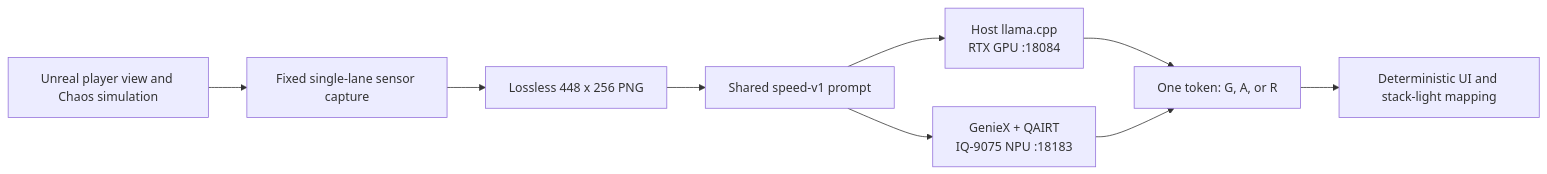
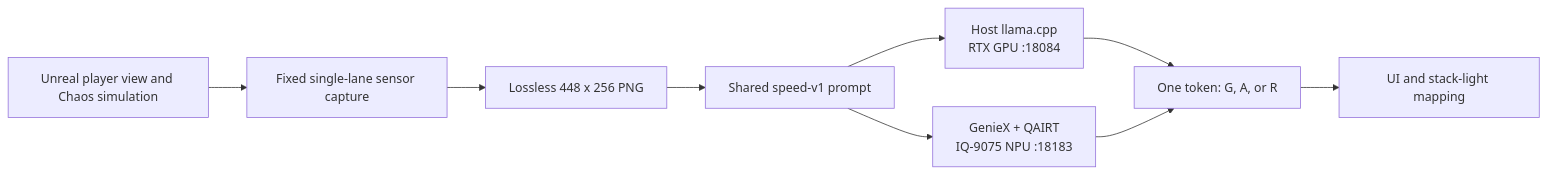
The first of 3 diagrams in docs/isaac_sim_conveyor_reason2_tutorial.md (eivholt/qai-physics-reasoning), drawn with Mermaid before and after one commit. The commit also changed other lines of this file, not shown here.

````diff
--- a/docs/isaac_sim_conveyor_reason2_tutorial.md
+++ b/docs/isaac_sim_conveyor_reason2_tutorial.md
@@ -290,16 +226,16 @@
 ```mermaid
 flowchart LR
     U[Unreal player view and Chaos simulation]
     C[Fixed single-lane sensor capture]
     P[Lossless 448 x 256 PNG]
     R[Shared speed-v1 prompt]
     H[Host llama.cpp<br/>RTX GPU :18084]
     E[GenieX + QAIRT<br/>IQ-9075 NPU :18183]
     T[One token: G, A, or R]
-    M[Deterministic UI and stack-light mapping]
+    M[UI and stack-light mapping]
 
     U --> C --> P --> R
     R --> H --> T
     R --> E --> T
     T --> M
 ```
````
